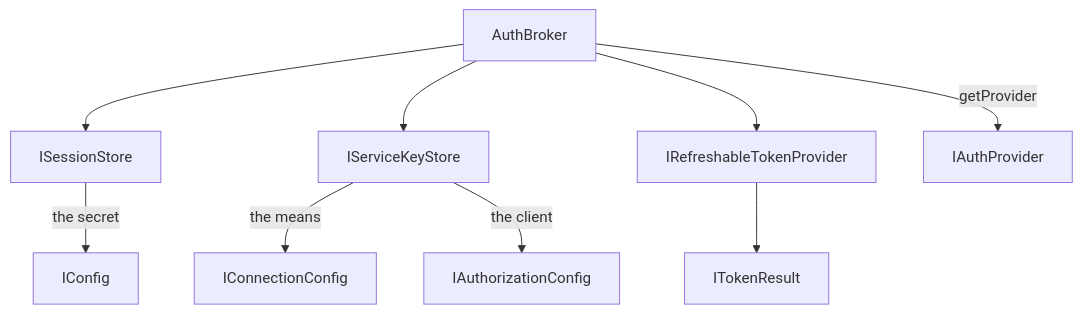
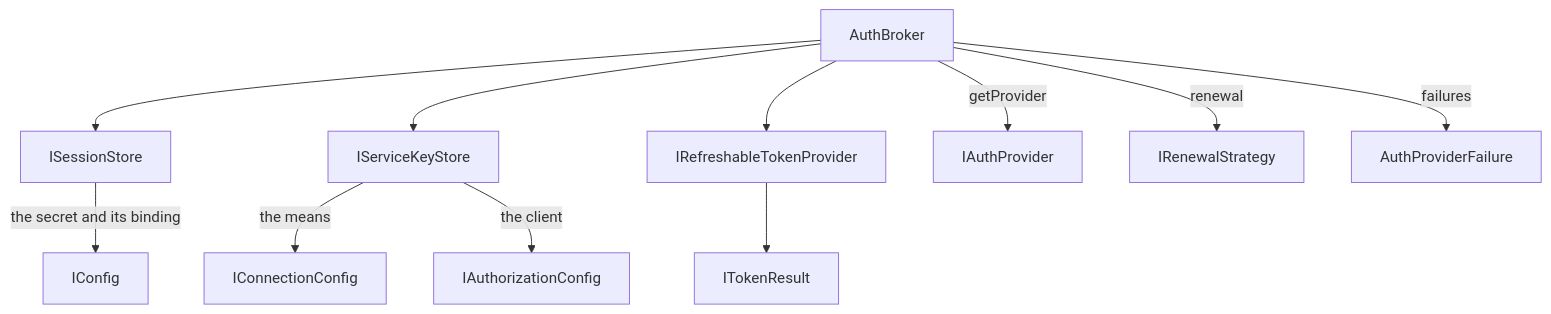
The diagram in docs/architecture/EXPORTS.md (fr0ster/mcp-abap-adt-auth-broker), drawn with Mermaid before and after one commit. The commit also changed other lines of this file and 12 other files, not shown here.

First line of the commit message:
docs: the repository's docs on auth-broker 5.0.0 and auth-broker-cli 3.0.0 — CLAUDE.md, AGENTS.md, architecture, exports, testing, usage, installation

````diff
--- a/docs/architecture/EXPORTS.md
+++ b/docs/architecture/EXPORTS.md
@@ -198,11 +190,13 @@
 ```mermaid
 flowchart TD
   AB[AuthBroker] --> SS[ISessionStore]
   AB --> SK[IServiceKeyStore]
   AB --> TP[IRefreshableTokenProvider]
   AB -->|getProvider| AP[IAuthProvider]
-  SS -->|the secret| ICfg[IConfig]
+  AB -->|renewal| RS[IRenewalStrategy]
+  AB -->|failures| AE[AuthProviderFailure]
+  SS -->|the secret and its binding| ICfg[IConfig]
   SK -->|the means| IConn[IConnectionConfig]
   SK -->|the client| IAuth[IAuthorizationConfig]
   TP --> IToken[ITokenResult]
 ```
````
